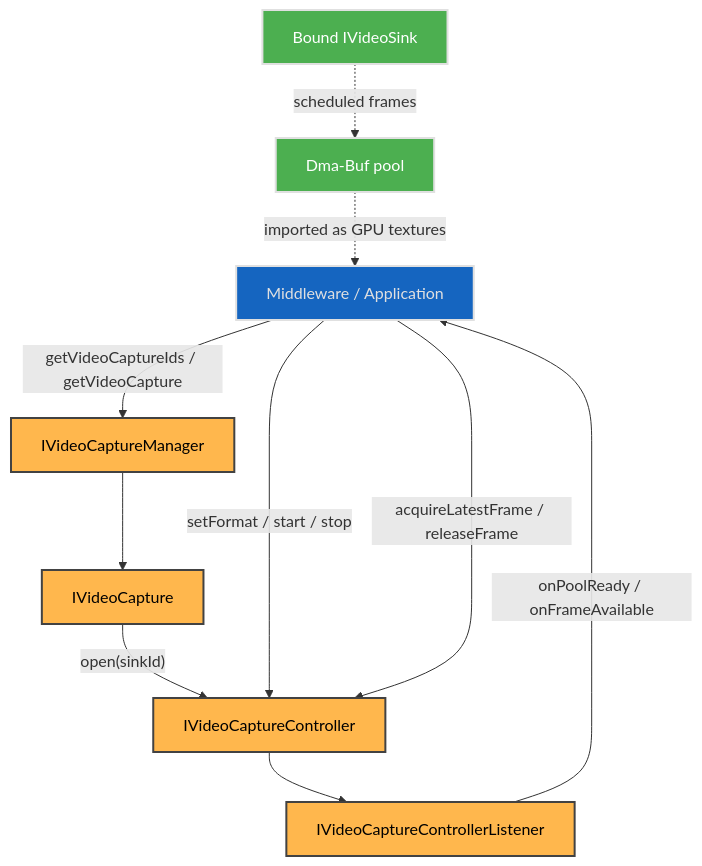
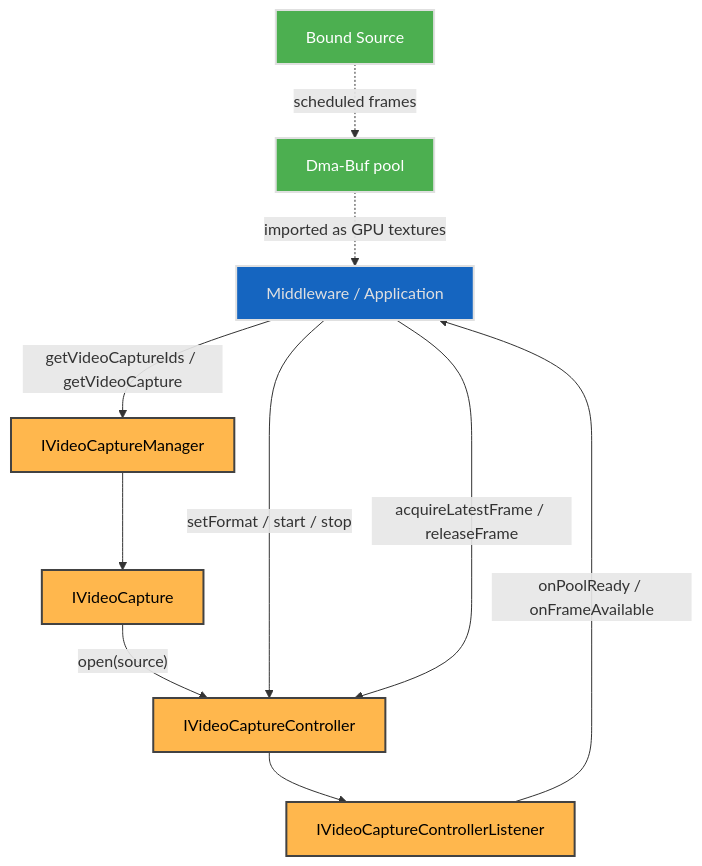
Before and after one commit to rdkcentral/rdk-halif-aidl: the second of 6 diagrams in videocapture/current/docs/videocapture_interface.md, drawn with Mermaid. The commit also changed other lines of this file and 9 other files, not shown here.

````diff
--- a/videocapture/current/docs/videocapture_interface.md
+++ b/videocapture/current/docs/videocapture_interface.md
@@ -183,33 +183,33 @@
 ```mermaid
 flowchart TD
     Client[Middleware / Application]
     MGR[IVideoCaptureManager]
     CAP[IVideoCapture]
     CTRL[IVideoCaptureController]
     L[IVideoCaptureControllerListener]
     POOL[Dma-Buf pool]
-    SINK[Bound IVideoSink]
+    SINK[Bound Source]
 
     Client -->|getVideoCaptureIds / getVideoCapture| MGR
     MGR --> CAP
-    CAP -->|"open(sinkId)"| CTRL
+    CAP -->|"open(source)"| CTRL
     Client -->|setFormat / start / stop| CTRL
     Client -->|acquireLatestFrame / releaseFrame| CTRL
     CTRL --> L
     L -->|onPoolReady / onFrameAvailable| Client
     SINK -.->|scheduled frames| POOL
     POOL -.->|imported as GPU textures| Client
 
     classDef blue fill:#1565C0,stroke:#E0E0E0,stroke-width:2px,color:#E0E0E0;
     classDef wheat fill:#FFB74D,stroke:#424242,stroke-width:2px,color:#000000;
     classDef green fill:#4CAF50,stroke:#E0E0E0,stroke-width:2px,color:#FFFFFF;
     classDef default fill:#1E1E1E,stroke:#E0E0E0,stroke-width:1px,color:#E0E0E0;
 
     Client:::blue
     MGR:::wheat
     CAP:::wheat
     CTRL:::wheat
     L:::wheat
     POOL:::green
     SINK:::green
 ```
````
